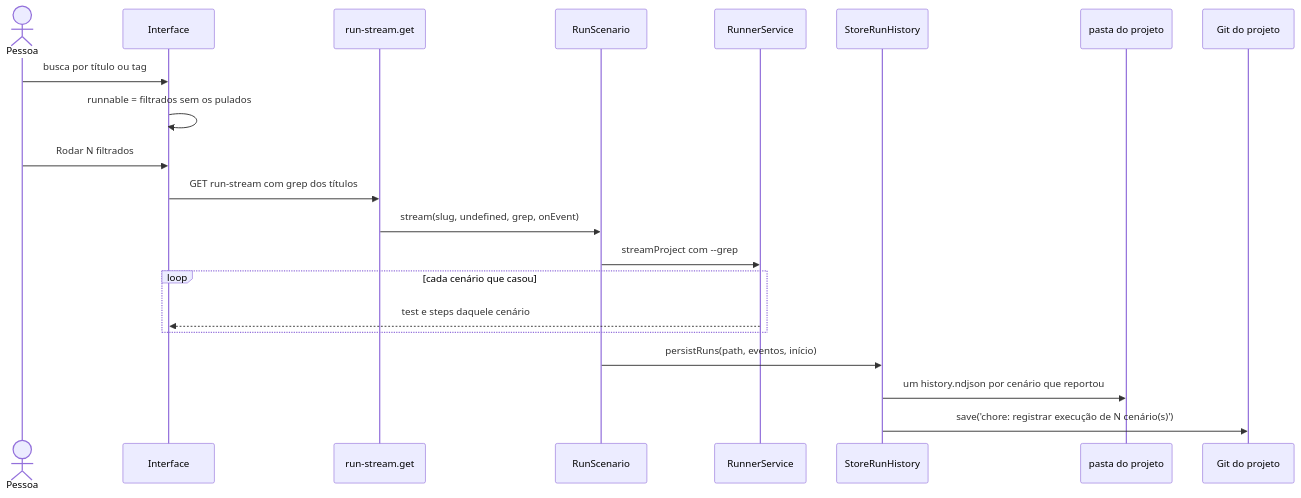
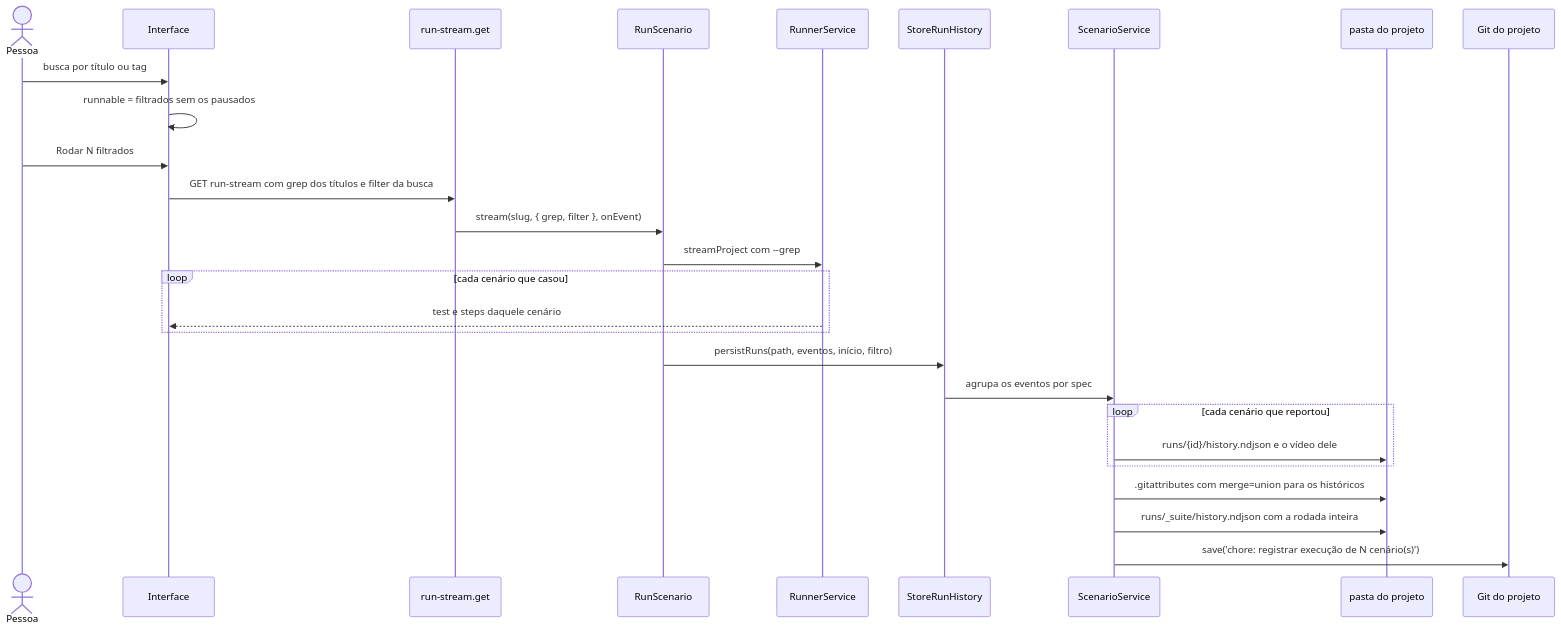
Diagram 16 of 28 in docs/DIAGRAMS/SEQUENCE-DIAGRAMS.md (KauanCalheiro/acutis), drawn with Mermaid before and after one commit. The commit also changed other lines of this file and 7 other files, not shown here.

````diff
--- a/docs/DIAGRAMS/SEQUENCE-DIAGRAMS.md
+++ b/docs/DIAGRAMS/SEQUENCE-DIAGRAMS.md
@@ -345,24 +602,30 @@
 ```mermaid
 sequenceDiagram
   actor Pessoa
   participant App as Interface
   participant API as run-stream.get
   participant UC as RunScenario
   participant PW as RunnerService
   participant SH as StoreRunHistory
+  participant SS as ScenarioService
   participant FS as pasta do projeto
   participant Git as Git do projeto
 
   Pessoa->>App: busca por título ou tag
-  App->>App: runnable = filtrados sem os pulados
+  App->>App: runnable = filtrados sem os pausados
   Pessoa->>App: Rodar N filtrados
-  App->>API: GET run-stream com grep dos títulos
-  API->>UC: stream(slug, undefined, grep, onEvent)
+  App->>API: GET run-stream com grep dos títulos e filter da busca
+  API->>UC: stream(slug, { grep, filter }, onEvent)
   UC->>PW: streamProject com --grep
   loop cada cenário que casou
     PW-->>App: test e steps daquele cenário
   end
-  UC->>SH: persistRuns(path, eventos, início)
-  SH->>FS: um history.ndjson por cenário que reportou
-  SH->>Git: save('chore: registrar execução de N cenário(s)')
+  UC->>SH: persistRuns(path, eventos, início, filtro)
+  SH->>SS: agrupa os eventos por spec
+  loop cada cenário que reportou
+    SS->>FS: runs/{id}/history.ndjson e o vídeo dele
+  end
+  SS->>FS: .gitattributes com merge=union para os históricos
+  SS->>FS: runs/_suite/history.ndjson com a rodada inteira
+  SS->>Git: save('chore: registrar execução de N cenário(s)')
 ```
````
